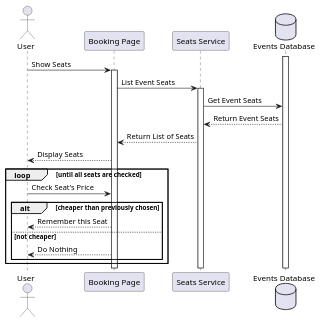
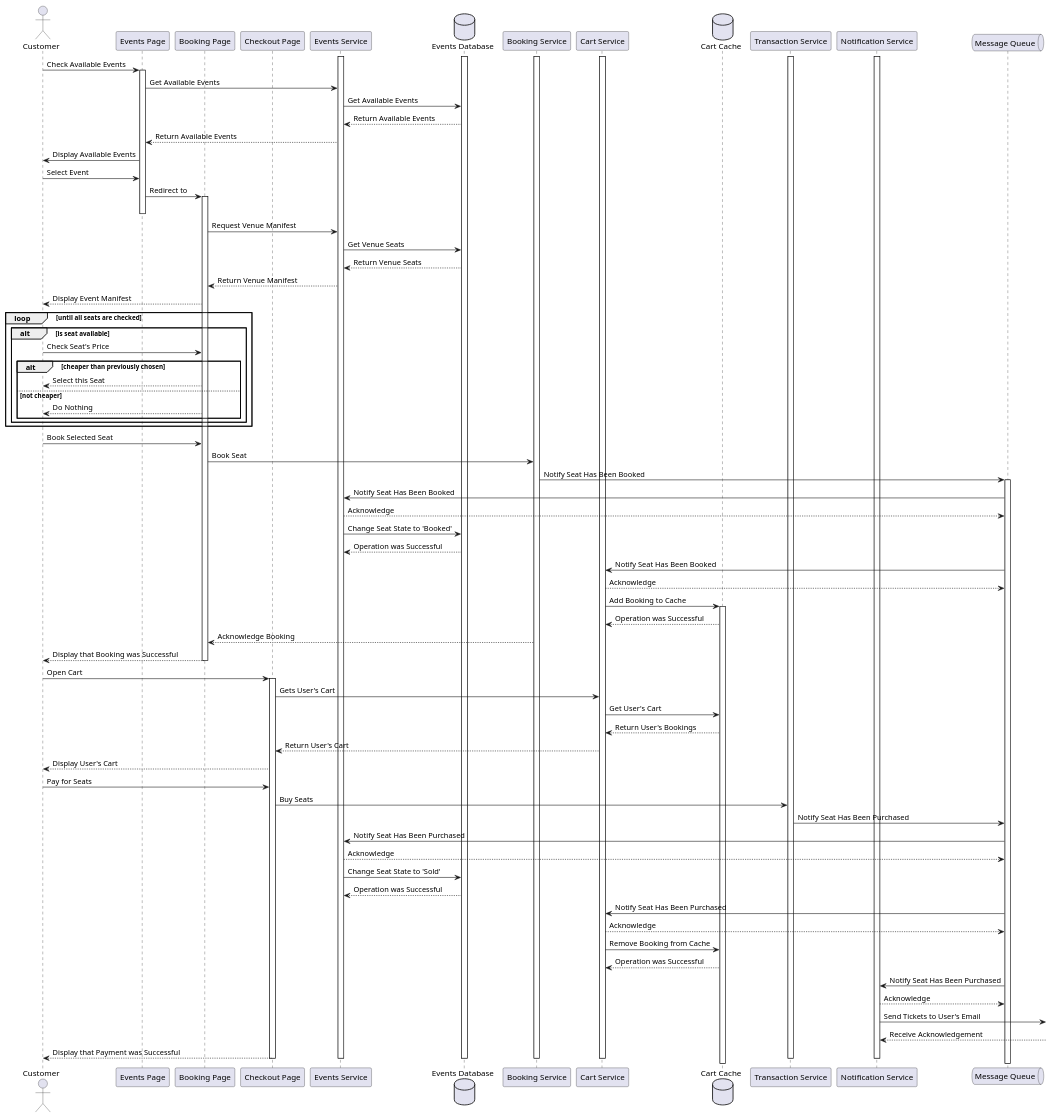
The diagram in diagrams/lowest-price-seat-booking-sequence-diagram.puml (vadzim-kurdzesau/ticketing-domain), drawn with PlantUML before and after one commit. The commit also changed 1 other file, not shown here.

Commit message:
feat: complete sequence diagram

```diff
--- a/diagrams/lowest-price-seat-booking-sequence-diagram.puml
+++ b/diagrams/lowest-price-seat-booking-sequence-diagram.puml
@@ -1,27 +1,106 @@
 @startuml lowest-price-seat-booking-sequence-diagram
 
-actor User as user
+actor Customer as user
+participant "Events Page" as eventsPage
 participant "Booking Page" as bookingPage
-participant "Seats Service" as seatsService
+participant "Checkout Page" as checkoutPage
+participant "Events Service" as eventService
 database "Events Database" as eventsDb
 
+participant "Booking Service" as bookingService
+participant "Cart Service" as cartService
+database "Cart Cache" as cartCache
+participant "Transaction Service" as transactionService
+participant "Notification Service" as notifications
+queue "Message Queue" as queueService
+
 activate eventsDb
+activate eventService
+activate bookingService
+activate cartService
+activate transactionService
+activate notifications
 
-user -> bookingPage ++ : Show Seats
-bookingPage -> seatsService ++ : List Event Seats
-seatsService -> eventsDb : Get Event Seats
-eventsDb --> seatsService : Return Event Seats
-seatsService --> bookingPage : Return List of Seats
-bookingPage --> user : Display Seats
+user -> eventsPage ++ : Check Available Events
+eventsPage -> eventService : Get Available Events
+eventService -> eventsDb : Get Available Events
+eventsDb --> eventService : Return Available Events
+eventService --> eventsPage : Return Available Events
+eventsPage -> user : Display Available Events
+
+
+user -> eventsPage : Select Event
+eventsPage -> bookingPage ++ : Redirect to
+deactivate eventsPage
+bookingPage -> eventService : Request Venue Manifest
+eventService -> eventsDb : Get Venue Seats
+eventsDb --> eventService : Return Venue Seats
+eventService --> bookingPage : Return Venue Manifest
+bookingPage --> user: Display Event Manifest
 
 loop until all seats are checked
-    user -> bookingPage : Check Seat's Price
+    alt is seat available
+        user -> bookingPage : Check Seat's Price
 
-    alt cheaper than previously chosen
-        bookingPage --> user : Remember this Seat
-    else not cheaper
-        bookingPage --> user: Do Nothing
+        alt cheaper than previously chosen
+            bookingPage --> user : Select this Seat
+        else not cheaper
+            bookingPage --> user: Do Nothing
+        end 
     end
 end
 
+
+user -> bookingPage : Book Selected Seat
+bookingPage -> bookingService : Book Seat
+bookingService -> queueService ++ : Notify Seat Has Been Booked
+queueService -> eventService : Notify Seat Has Been Booked
+eventService --> queueService : Acknowledge
+eventService -> eventsDb : Change Seat State to 'Booked'
+eventsDb --> eventService : Operation was Successful
+
+queueService -> cartService : Notify Seat Has Been Booked
+cartService --> queueService : Acknowledge
+cartService -> cartCache ++: Add Booking to Cache
+cartCache --> cartService : Operation was Successful
+bookingService --> bookingPage : Acknowledge Booking
+
+bookingPage --> user -- : Display that Booking was Successful
+
+
+user -> checkoutPage ++: Open Cart
+checkoutPage -> cartService : Gets User's Cart
+cartService -> cartCache : Get User's Cart
+cartCache --> cartService : Return User's Bookings
+cartService --> checkoutPage : Return User's Cart
+checkoutPage --> user : Display User's Cart
+
+user -> checkoutPage: Pay for Seats
+checkoutPage -> transactionService : Buy Seats
+transactionService -> queueService : Notify Seat Has Been Purchased
+
+queueService -> eventService : Notify Seat Has Been Purchased
+eventService --> queueService : Acknowledge
+eventService -> eventsDb : Change Seat State to 'Sold'
+eventsDb --> eventService : Operation was Successful
+
+queueService -> cartService : Notify Seat Has Been Purchased
+cartService --> queueService : Acknowledge
+cartService -> cartCache : Remove Booking from Cache
+cartCache --> cartService : Operation was Successful
+
+queueService -> notifications : Notify Seat Has Been Purchased
+notifications --> queueService : Acknowledge
+notifications -> : Send Tickets to User's Email
+notifications <-- : Receive Acknowledgement
+
+checkoutPage --> user --: Display that Payment was Successful
+
+deactivate eventsDb
+deactivate eventService
+deactivate bookingService
+deactivate cartService
+deactivate transactionService
+deactivate notifications
+
 @enduml
```
